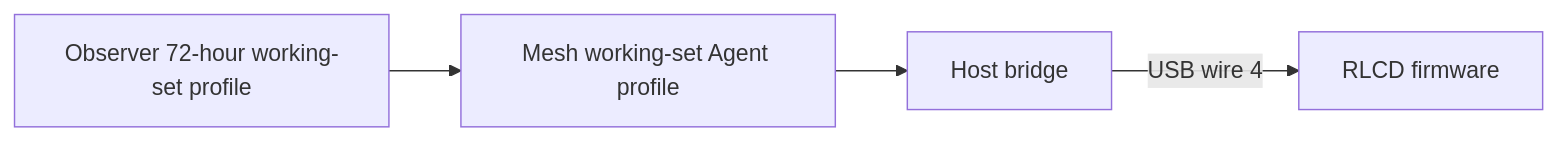
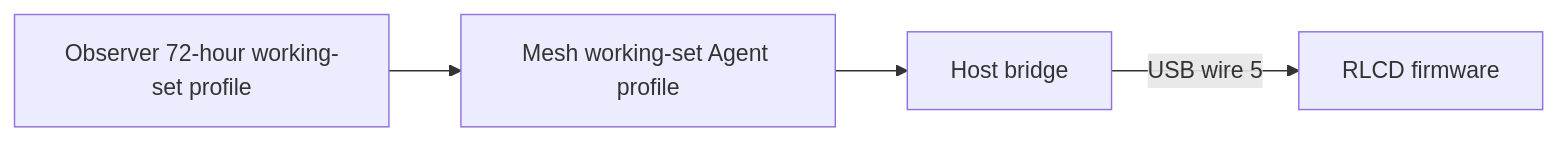
Before and after one commit to byebyebryan/esp32-rlcd: the diagram in projects/agent-dashboard/README.md, drawn with Mermaid. The commit also changed other lines of this file and 23 other files, not shown here.

````diff
--- a/projects/agent-dashboard/README.md
+++ b/projects/agent-dashboard/README.md
@@ -39,6 +39,6 @@
 ```mermaid
 flowchart LR
     Observer[Observer 72-hour working-set profile] --> Mesh[Mesh working-set Agent profile]
     Mesh --> Bridge[Host bridge]
-    Bridge -->|USB wire 4| RLCD[RLCD firmware]
+    Bridge -->|USB wire 5| RLCD[RLCD firmware]
 ```
````
